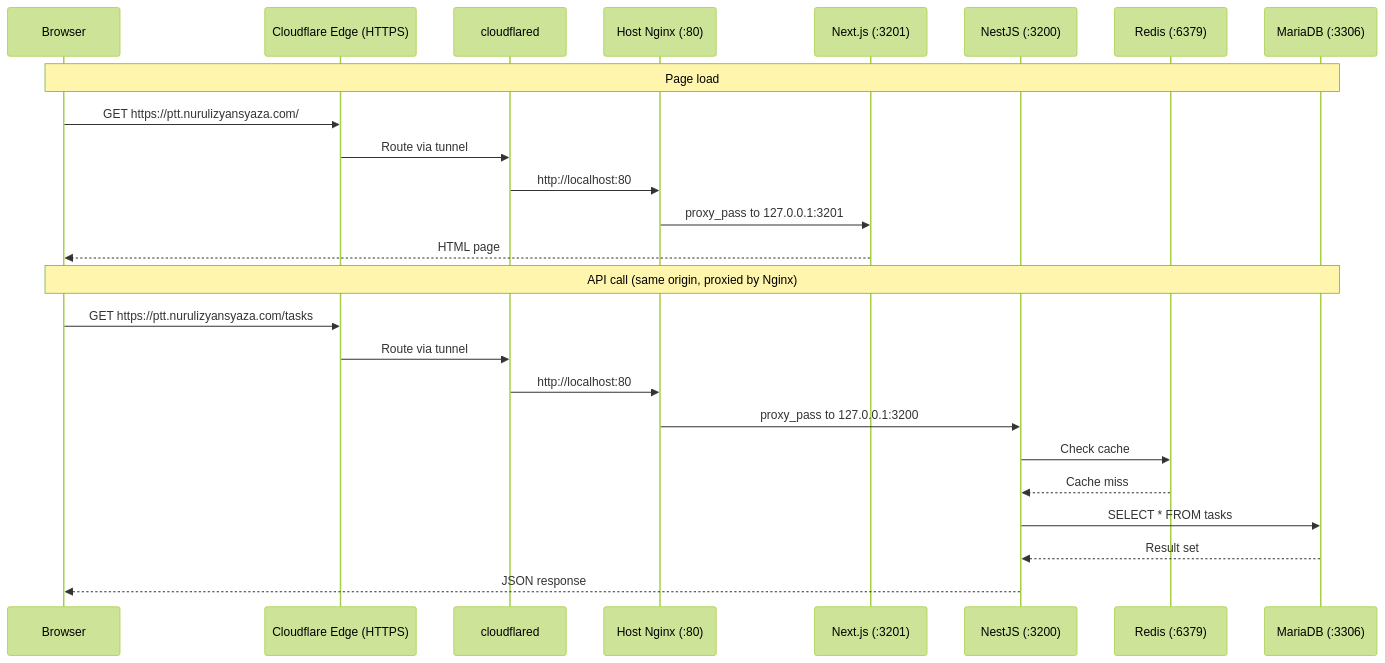
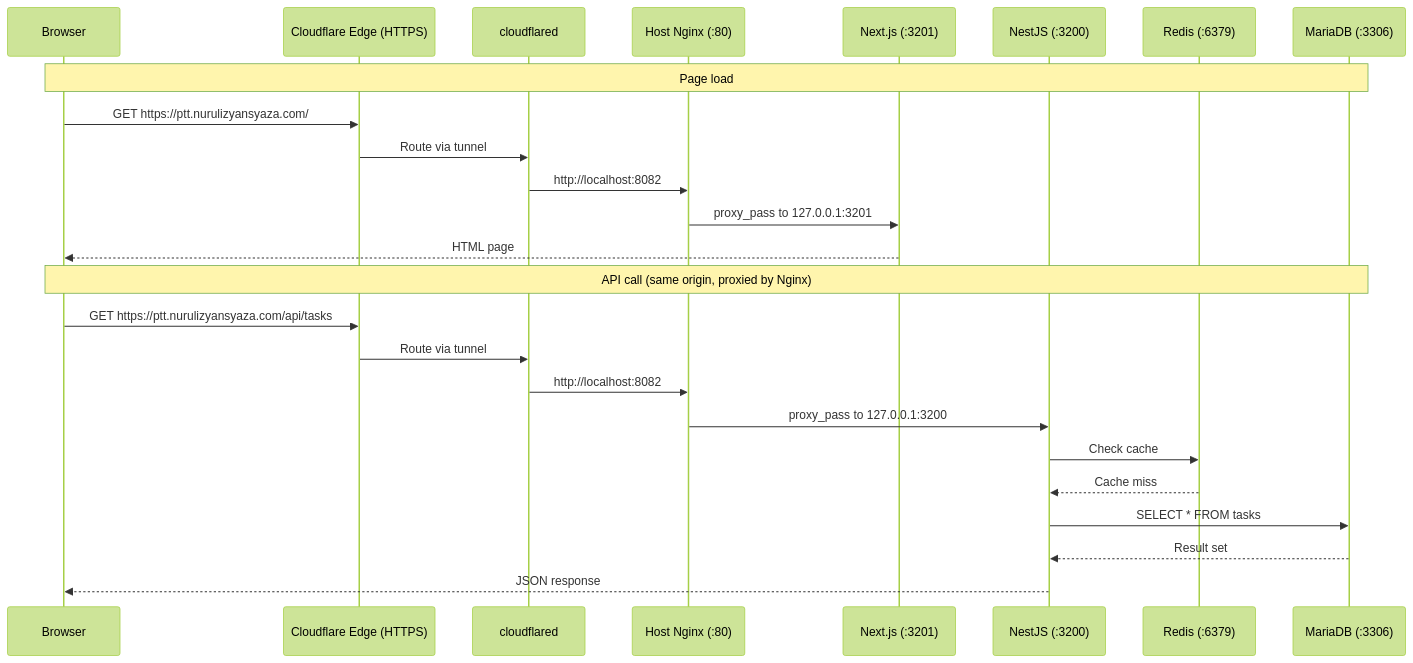
Before and after one commit to nurulizyansyaza/personal-task-tracker: the second of 3 diagrams in HOMELAB-INFRASTRUCTURE.md, drawn with Mermaid (forest theme). The commit also changed other lines of this file and 2 other files, not shown here.

First line of the commit message:
chore: update deployment path to /data, fix nginx reload, update docs for port 8082

````diff
--- a/HOMELAB-INFRASTRUCTURE.md
+++ b/HOMELAB-INFRASTRUCTURE.md
@@ -92,29 +92,29 @@
 ```mermaid
 sequenceDiagram
     participant Browser
     participant CF as Cloudflare Edge (HTTPS)
     participant Tunnel as cloudflared
     participant Nginx as Host Nginx (:80)
     participant NextJS as Next.js (:3201)
     participant API as NestJS (:3200)
     participant Redis as Redis (:6379)
     participant DB as MariaDB (:3306)
 
     Note over Browser,DB: Page load
     Browser->>CF: GET https://ptt.nurulizyansyaza.com/
     CF->>Tunnel: Route via tunnel
-    Tunnel->>Nginx: http://localhost:80
+    Tunnel->>Nginx: http://localhost:8082
     Nginx->>NextJS: proxy_pass to 127.0.0.1:3201
     NextJS-->>Browser: HTML page
 
     Note over Browser,DB: API call (same origin, proxied by Nginx)
-    Browser->>CF: GET https://ptt.nurulizyansyaza.com/tasks
+    Browser->>CF: GET https://ptt.nurulizyansyaza.com/api/tasks
     CF->>Tunnel: Route via tunnel
-    Tunnel->>Nginx: http://localhost:80
+    Tunnel->>Nginx: http://localhost:8082
     Nginx->>API: proxy_pass to 127.0.0.1:3200
     API->>Redis: Check cache
     Redis-->>API: Cache miss
     API->>DB: SELECT * FROM tasks
     DB-->>API: Result set
     API-->>Browser: JSON response
 ```
````
